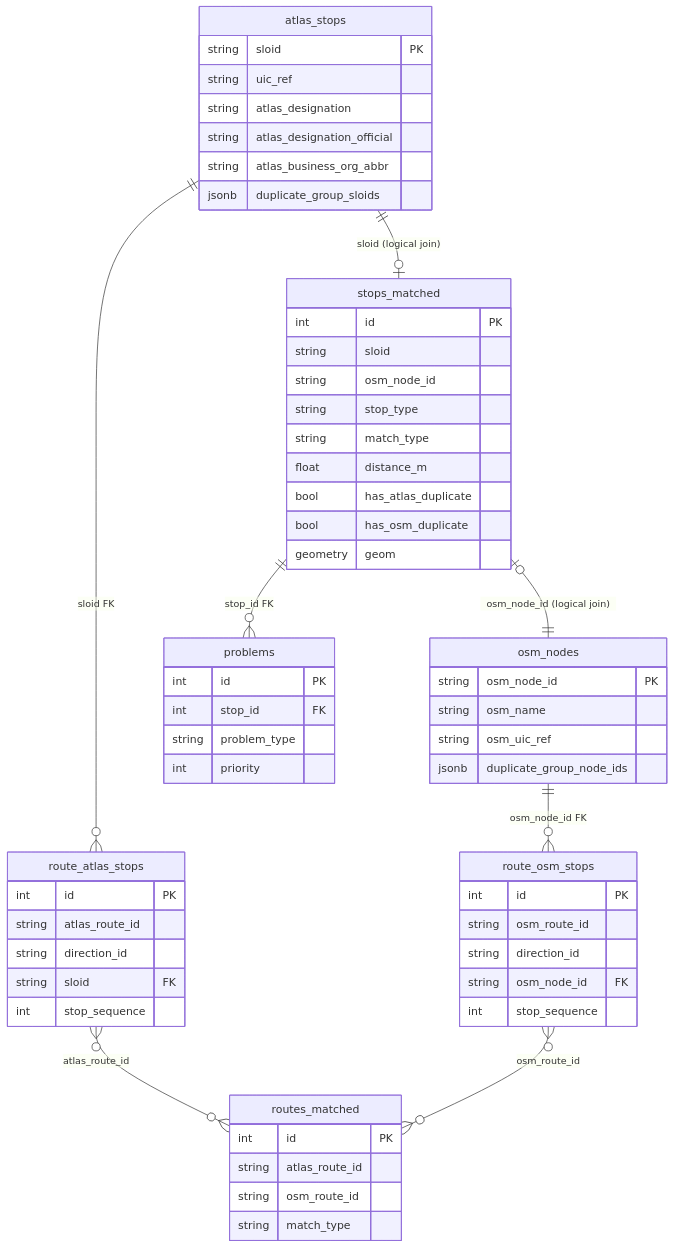
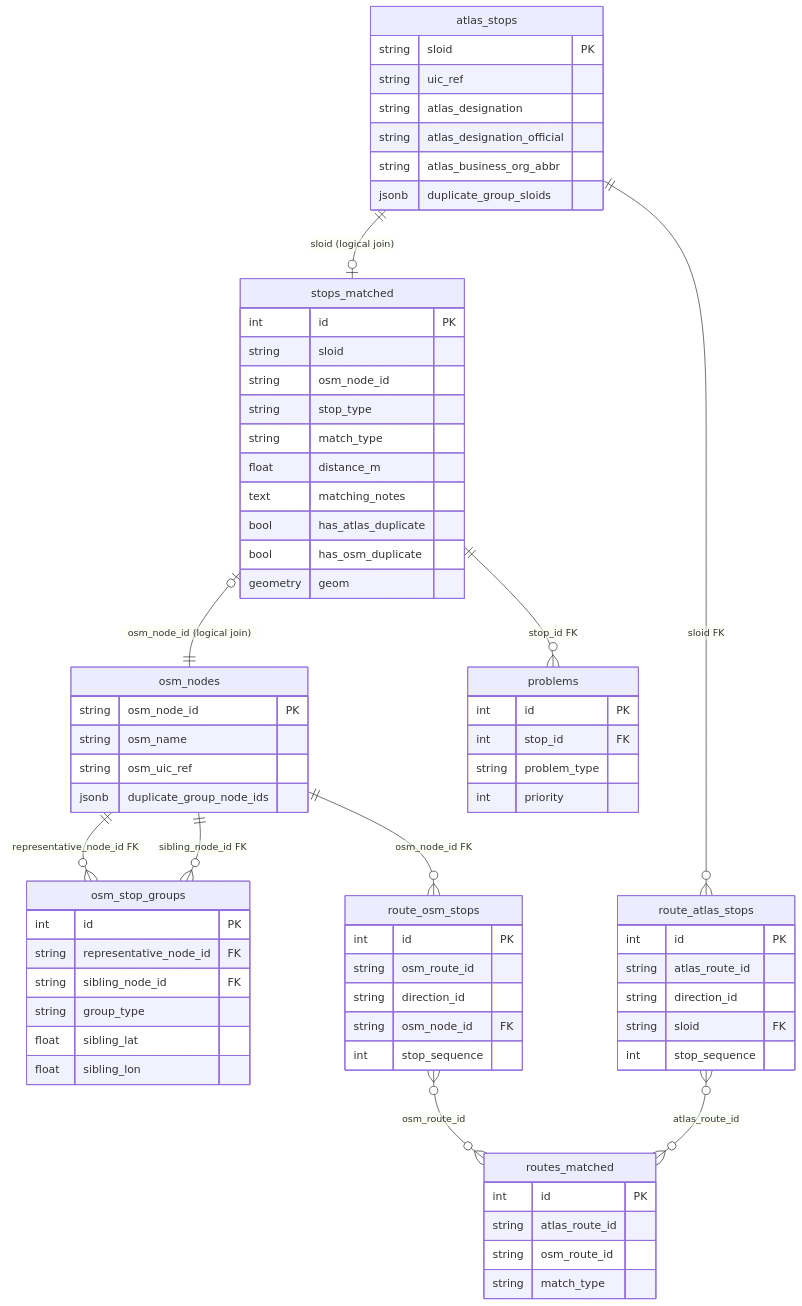
The diagram in documentation/4.1 Import DB Schema.md (openTdataCH/stop_sync_osm_atlas), drawn with Mermaid before and after one commit. The commit also changed other lines of this file and 22 other files, not shown here.

Commit message:
added osm group table, updated to python 3.11, osm group filter

````diff
--- a/documentation/4.1 Import DB Schema.md
+++ b/documentation/4.1 Import DB Schema.md
@@ -9,68 +9,80 @@
 ```mermaid
 erDiagram
     atlas_stops ||--o| stops_matched : "sloid (logical join)"
     stops_matched |o--|| osm_nodes : "osm_node_id (logical join)"
     stops_matched ||--o{ problems : "stop_id FK"
+    osm_nodes ||--o{ osm_stop_groups : "representative_node_id FK"
+    osm_nodes ||--o{ osm_stop_groups : "sibling_node_id FK"
     atlas_stops ||--o{ route_atlas_stops : "sloid FK"
     osm_nodes ||--o{ route_osm_stops : "osm_node_id FK"
     route_atlas_stops }o--o{ routes_matched : "atlas_route_id"
     route_osm_stops }o--o{ routes_matched : "osm_route_id"
 
     stops_matched {
         int id PK
         string sloid
         string osm_node_id
         string stop_type
         string match_type
         float distance_m
+        text matching_notes
         bool has_atlas_duplicate
         bool has_osm_duplicate
         geometry geom
     }
 
     atlas_stops {
         string sloid PK
         string uic_ref
         string atlas_designation
         string atlas_designation_official
         string atlas_business_org_abbr
         jsonb duplicate_group_sloids
     }
 
     osm_nodes {
         string osm_node_id PK
         string osm_name
         string osm_uic_ref
         jsonb duplicate_group_node_ids
+    }
+
+    osm_stop_groups {
+        int id PK
+        string representative_node_id FK
+        string sibling_node_id FK
+        string group_type
+        float sibling_lat
+        float sibling_lon
     }
 
     problems {
         int id PK
         int stop_id FK
         string problem_type
         int priority
     }
 
     route_atlas_stops {
         int id PK
         string atlas_route_id
         string direction_id
         string sloid FK
         int stop_sequence
     }
 
     route_osm_stops {
         int id PK
         string osm_route_id
         string direction_id
         string osm_node_id FK
         int stop_sequence
     }
 
     routes_matched {
         int id PK
         string atlas_route_id
         string osm_route_id
         string match_type
     }
 ```
````
